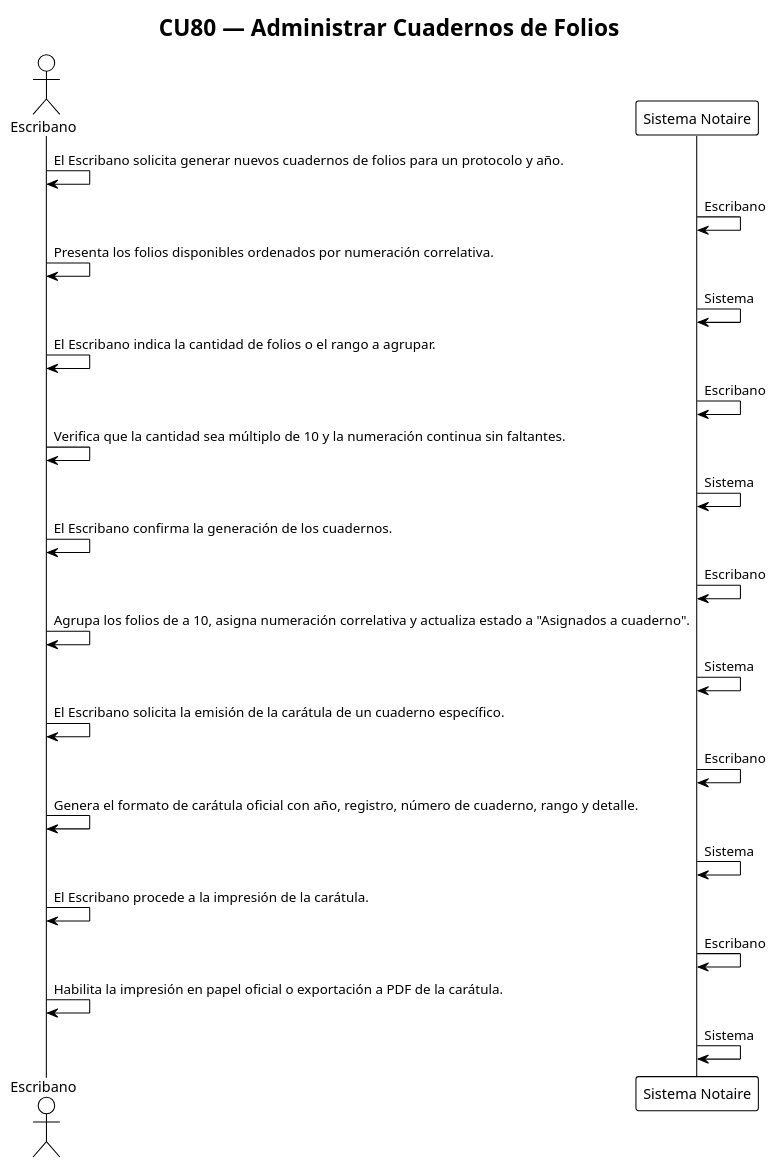
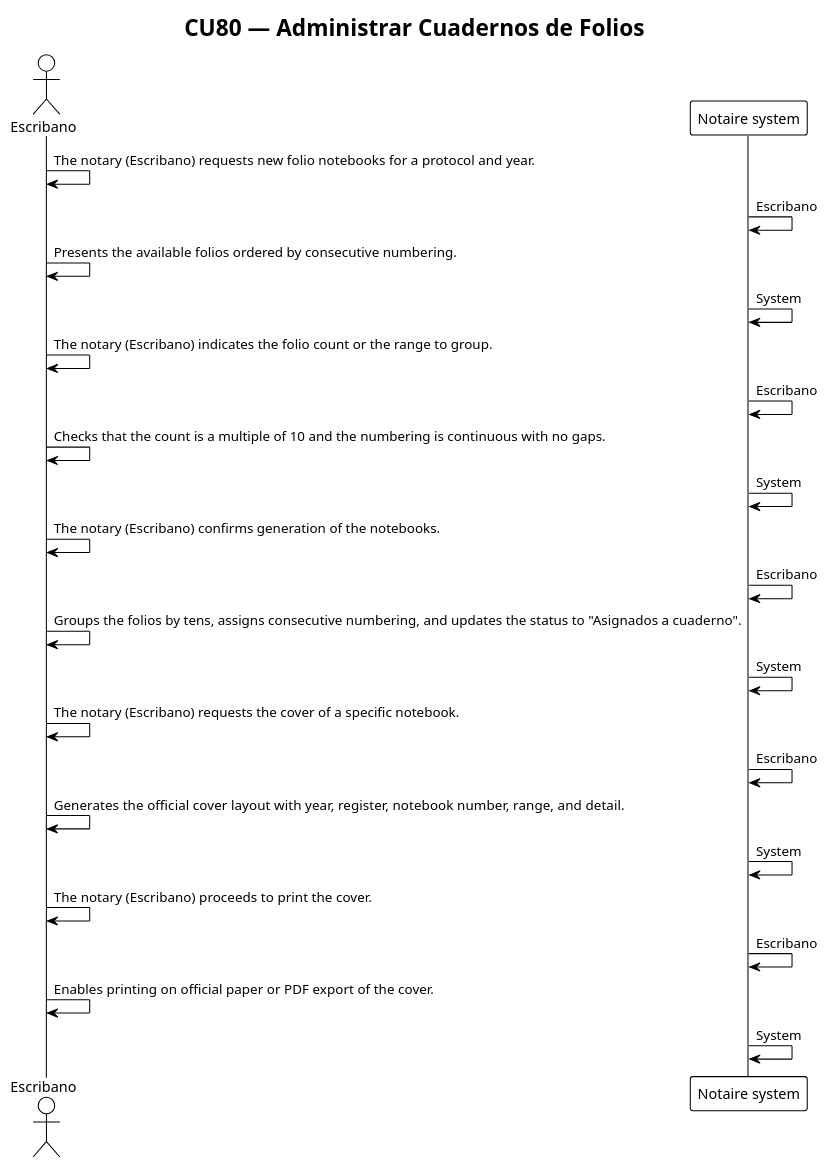
The diagram in docs/200-architecture/204-diagrams/Secuencias/seq80-administrar-cuadernos-de-folios.puml (matiaspakua/notaire), drawn with PlantUML before and after one commit. The commit also changed 165 other files, not shown here.

First line of the commit message:
[#1490] docs(architecture): write CU sequence steps in English (#1505)

```diff
--- a/docs/200-architecture/204-diagrams/Secuencias/seq80-administrar-cuadernos-de-folios.puml
+++ b/docs/200-architecture/204-diagrams/Secuencias/seq80-administrar-cuadernos-de-folios.puml
@@ -1,29 +1,29 @@
 @startuml cu80
 !theme plain
 title CU80 — Administrar Cuadernos de Folios
 
 actor "Escribano" as Actor
-participant "Sistema Notaire" as Sistema
+participant "Notaire system" as System
 
-Actor -> Actor : El Escribano solicita generar nuevos cuadernos de folios para un protocolo y año.
-Sistema -> Sistema : Escribano
-Actor -> Actor : Presenta los folios disponibles ordenados por numeración correlativa.
-Sistema -> Sistema : Sistema
-Actor -> Actor : El Escribano indica la cantidad de folios o el rango a agrupar.
-Sistema -> Sistema : Escribano
-Actor -> Actor : Verifica que la cantidad sea múltiplo de 10 y la numeración continua sin faltantes.
-Sistema -> Sistema : Sistema
-Actor -> Actor : El Escribano confirma la generación de los cuadernos.
-Sistema -> Sistema : Escribano
-Actor -> Actor : Agrupa los folios de a 10, asigna numeración correlativa y actualiza estado a "Asignados a cuaderno".
-Sistema -> Sistema : Sistema
-Actor -> Actor : El Escribano solicita la emisión de la carátula de un cuaderno específico.
-Sistema -> Sistema : Escribano
-Actor -> Actor : Genera el formato de carátula oficial con año, registro, número de cuaderno, rango y detalle.
-Sistema -> Sistema : Sistema
-Actor -> Actor : El Escribano procede a la impresión de la carátula.
-Sistema -> Sistema : Escribano
-Actor -> Actor : Habilita la impresión en papel oficial o exportación a PDF de la carátula.
-Sistema -> Sistema : Sistema
+Actor -> Actor : The notary (Escribano) requests new folio notebooks for a protocol and year.
+System -> System : Escribano
+Actor -> Actor : Presents the available folios ordered by consecutive numbering.
+System -> System : System
+Actor -> Actor : The notary (Escribano) indicates the folio count or the range to group.
+System -> System : Escribano
+Actor -> Actor : Checks that the count is a multiple of 10 and the numbering is continuous with no gaps.
+System -> System : System
+Actor -> Actor : The notary (Escribano) confirms generation of the notebooks.
+System -> System : Escribano
+Actor -> Actor : Groups the folios by tens, assigns consecutive numbering, and updates the status to "Asignados a cuaderno".
+System -> System : System
+Actor -> Actor : The notary (Escribano) requests the cover of a specific notebook.
+System -> System : Escribano
+Actor -> Actor : Generates the official cover layout with year, register, notebook number, range, and detail.
+System -> System : System
+Actor -> Actor : The notary (Escribano) proceeds to print the cover.
+System -> System : Escribano
+Actor -> Actor : Enables printing on official paper or PDF export of the cover.
+System -> System : System
 
 @enduml
```
